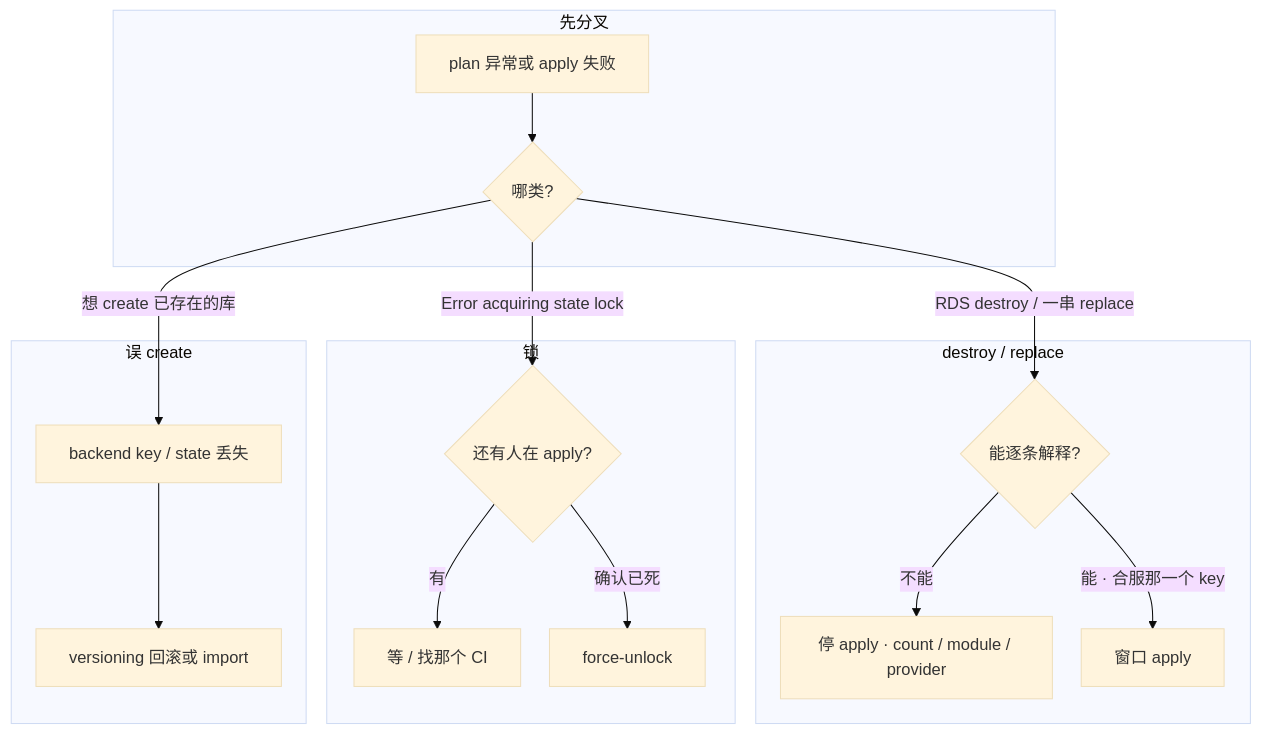
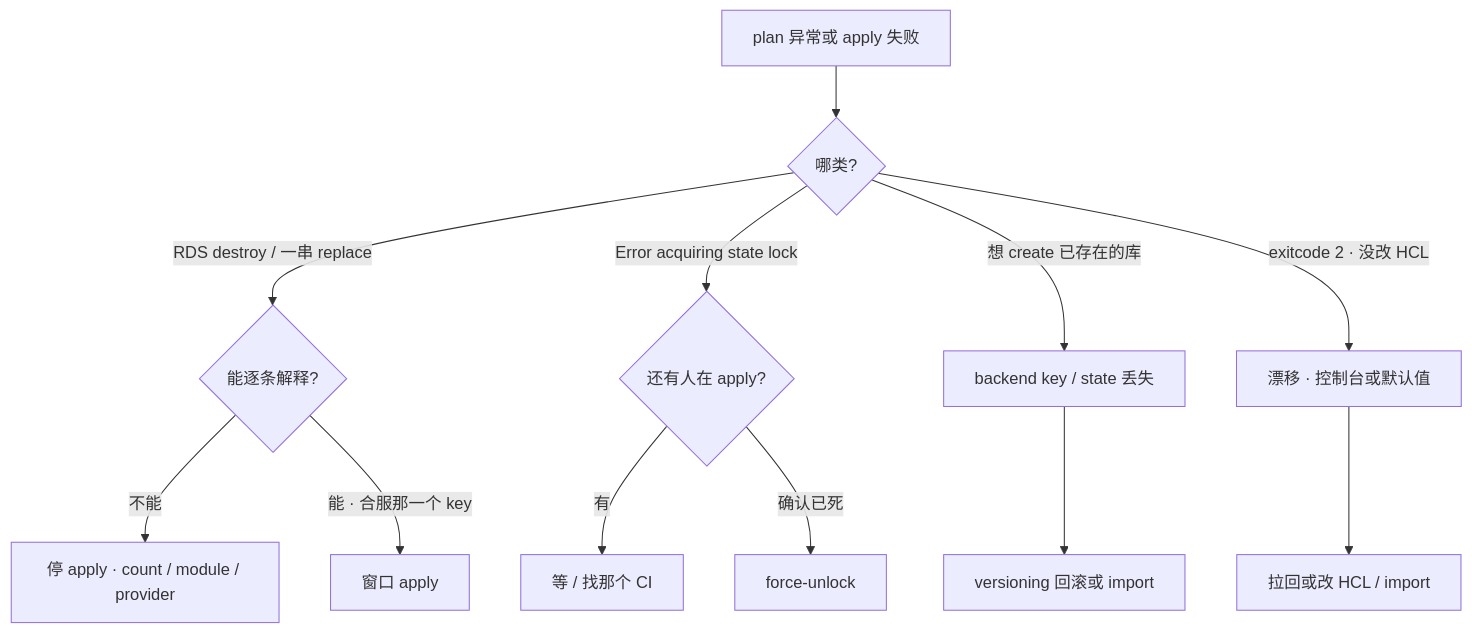
The seventh of 7 diagrams in 04-工程化与自动化/07-Terraform/知识点.md (ml-cuizijun/LearnToLilith), drawn with Mermaid before and after one commit. The commit also changed other lines of this file and 178 other files, not shown here.

````diff
--- a/04-工程化与自动化/07-Terraform/知识点.md
+++ b/04-工程化与自动化/07-Terraform/知识点.md
@@ -589,28 +532,14 @@
 ```mermaid
-%%{init: {"flowchart": {"padding": 16, "nodeSpacing": 28, "rankSpacing": 48}, "theme": "base"}}%%
 flowchart TB
-    subgraph gate ["先分叉"]
-        A[plan 异常或 apply 失败] --> B{哪类?}
-    end
-
-    subgraph destroy ["destroy / replace"]
-        B -->|RDS destroy / 一串 replace| C{能逐条解释?}
-        C -->|不能| D[停 apply · count / module / provider]
-        C -->|能 · 合服那一个 key| E[窗口 apply]
-    end
-
-    subgraph lock ["锁"]
-        B -->|Error acquiring state lock| F{还有人在 apply?}
-        F -->|有| G[等 / 找那个 CI]
-        F -->|确认已死| H[force-unlock]
-    end
-
-    subgraph create ["误 create"]
-        B -->|想 create 已存在的库| I[backend key / state 丢失]
-        I --> J[versioning 回滚或 import]
-    end
-
-    class D,G bad
-    class E,H,J ok
-
+    A[plan 异常或 apply 失败] --> B{哪类?}
+    B -->|RDS destroy / 一串 replace| C{能逐条解释?}
+    C -->|不能| D[停 apply · count / module / provider]
+    C -->|能 · 合服那一个 key| E[窗口 apply]
+    B -->|Error acquiring state lock| F{还有人在 apply?}
+    F -->|有| G[等 / 找那个 CI]
+    F -->|确认已死| H[force-unlock]
+    B -->|想 create 已存在的库| I[backend key / state 丢失]
+    I --> J[versioning 回滚或 import]
+    B -->|exitcode 2 · 没改 HCL| K[漂移 · 控制台或默认值]
+    K --> L[拉回或改 HCL / import]
 ```
````
